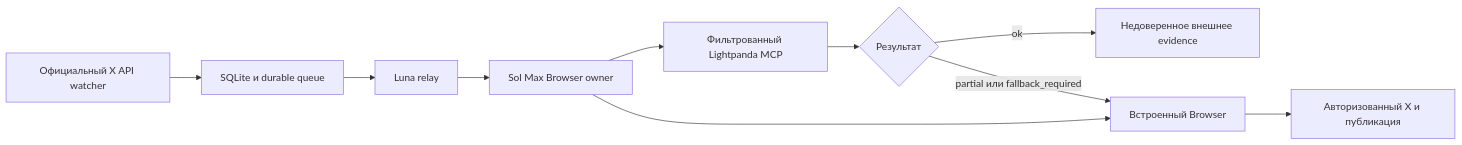
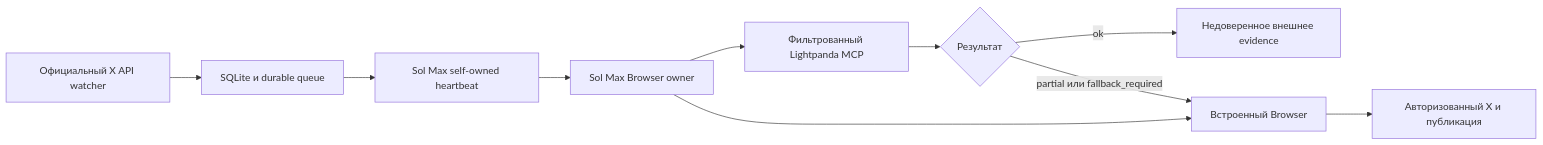
Before and after one commit to axrbarsic/poyasnitelnaya-brigada: the diagram in docs/lightpanda-integration.ru.md, drawn with Mermaid. The commit also changed other lines of this file and 15 other files, not shown here.

Commit message:
Run X relay inside the owner heartbeat

````diff
--- a/docs/lightpanda-integration.ru.md
+++ b/docs/lightpanda-integration.ru.md
@@ -27,12 +27,12 @@
 ```mermaid
 flowchart LR
     API["Официальный X API watcher"] --> Q["SQLite и durable queue"]
-    Q --> L["Luna relay"]
+    Q --> L["Sol Max self-owned heartbeat"]
     L --> S["Sol Max Browser owner"]
     S --> LP["Фильтрованный Lightpanda MCP"]
     LP --> R{"Результат"}
     R -->|"ok"| E["Недоверенное внешнее evidence"]
     R -->|"partial или fallback_required"| B["Встроенный Browser"]
     S --> B
     B --> X["Авторизованный X и публикация"]
 ```
````
